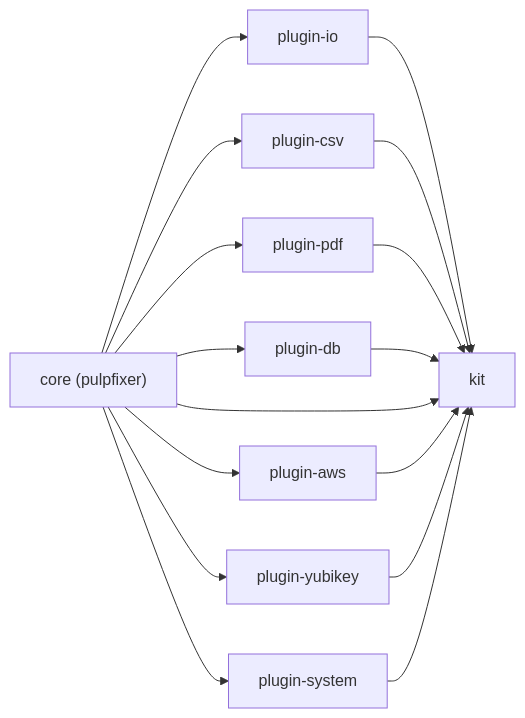
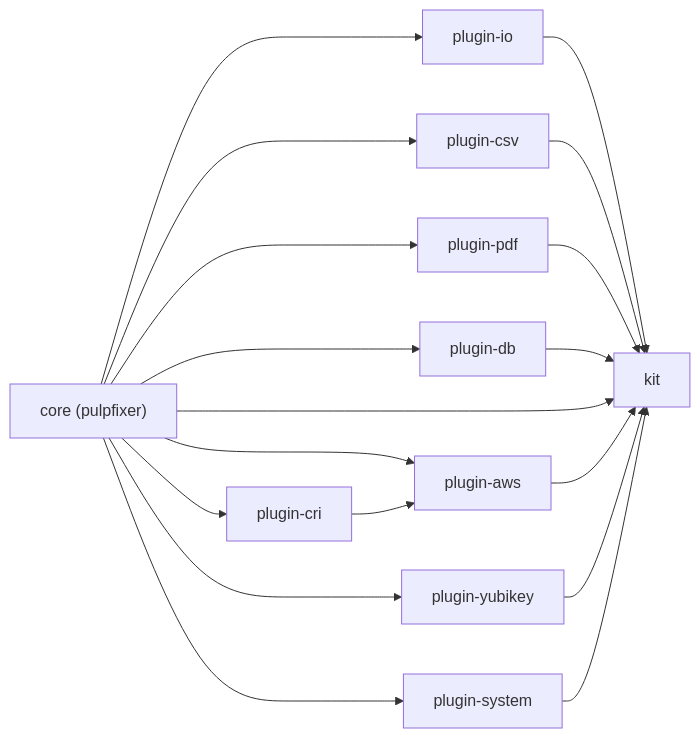
One commit to maxispecs/pf changed the diagram in packages/docs/content/development/index.mdx. Above: the diagram before and after it, drawn with Mermaid. The commit also changed other lines of this file and 29 other files, not shown here.

Commit message:
plugin cri

````diff
--- a/packages/docs/content/development/index.mdx
+++ b/packages/docs/content/development/index.mdx
@@ -27,18 +28,20 @@
 ```mermaid
 flowchart LR
   core["core (pulpfixer)"] --> awsPlugin[plugin-aws]
+  core --> criPlugin[plugin-cri]
+  criPlugin --> awsPlugin
   core --> ykPlugin[plugin-yubikey]
   core --> sysPlugin[plugin-system]
   core --> dbPlugin[plugin-db]
   core --> ioPlugin[plugin-io]
   core --> csvPlugin[plugin-csv]
   core --> pdfPlugin[plugin-pdf]
   ioPlugin --> kit
   csvPlugin --> kit
   pdfPlugin --> kit
   dbPlugin --> kit
   core --> kit
   awsPlugin --> kit
   ykPlugin --> kit
   sysPlugin --> kit
 ```
````
